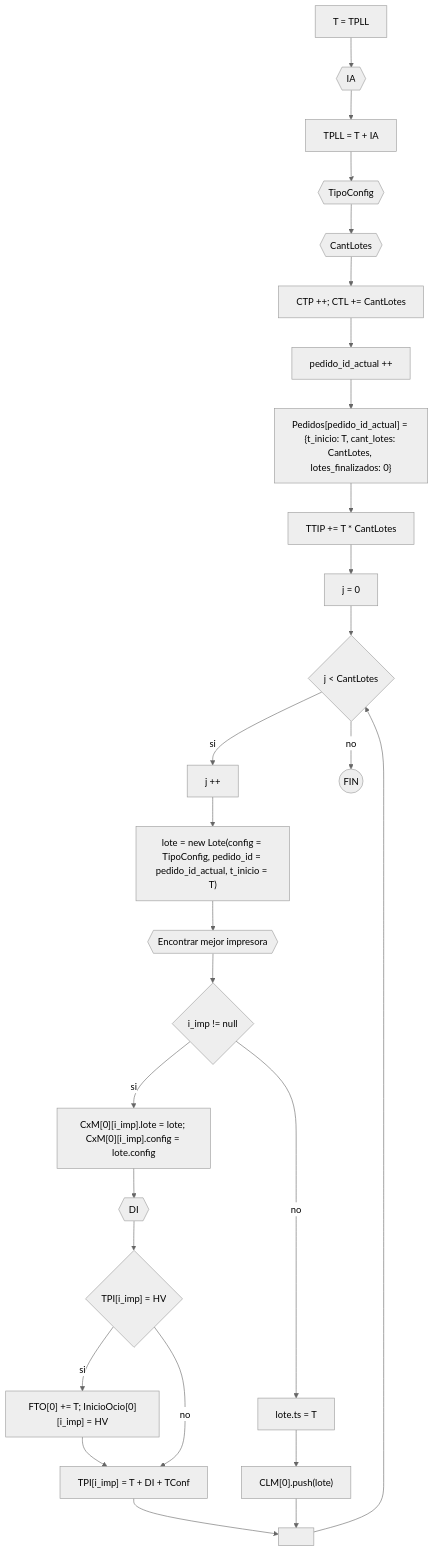
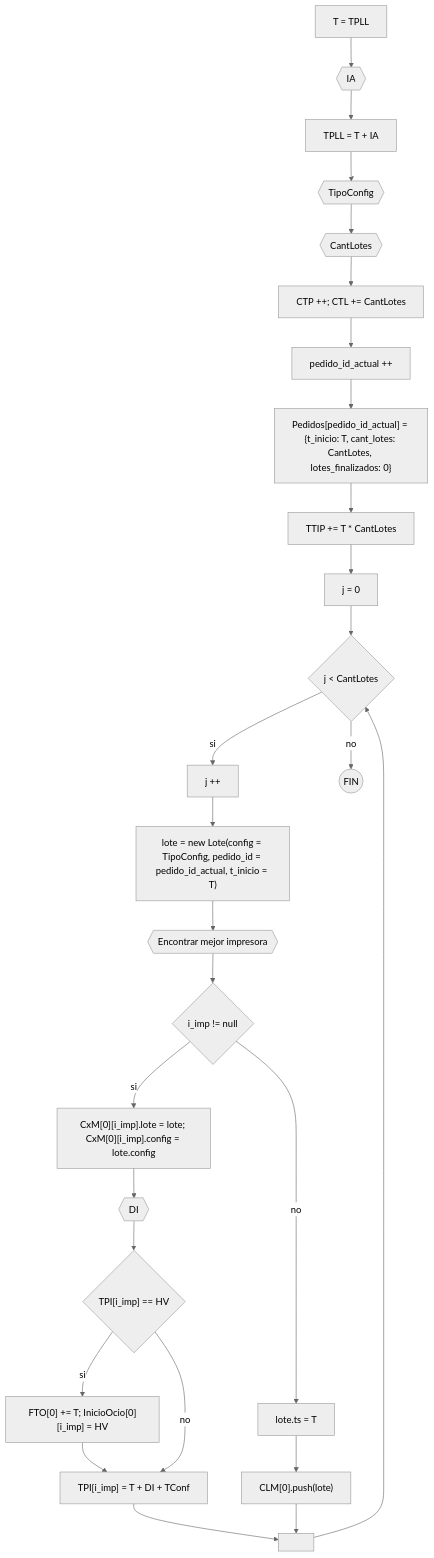
The diagram in docs/Diagramas/LlegadPedido/LlegadaPedido.mermaid (JuanManuelPrividera/TP-Simu), drawn with Mermaid (neutral theme) before and after one commit. The commit also changed 39 other files, not shown here.

```diff
--- a/docs/Diagramas/LlegadPedido/LlegadaPedido.mermaid
+++ b/docs/Diagramas/LlegadPedido/LlegadaPedido.mermaid
@@ -1,13 +1,12 @@
 flowchart TD
     direction TD
     a[T = TPLL] --> b{{IA}} --> c[TPLL = T + IA] --> d0{{TipoConfig}} --> d{{CantLotes}}
     d --> d1["CTP ++; CTL += CantLotes"] --> d2["pedido_id_actual ++"] --> d3["Pedidos[pedido_id_actual] = {t_inicio: T, cant_lotes: CantLotes, lotes_finalizados: 0}"] --> d4["TTIP += T * CantLotes"] --> bb[j = 0]
     bb --> iff{"j < CantLotes"}
     iff --> |si| cc[j ++] --> lote["lote = new Lote(config = TipoConfig, pedido_id = pedido_id_actual, t_inicio = T)"] --> z1{{Encontrar mejor impresora}} --> f{"i_imp != null"}
     iff --> |no| fin((FIN))
-    f --> |si| z2["CxM[0][i_imp].lote = lote; CxM[0][i_imp].config = lote.config"] --> g{{DI}} --> i1{"TPI[i_imp] = HV"} --> |si| i2["FTO[0] += T; InicioOcio[0][i_imp] = HV"] --> i
-    i1 --> |no| i["TPI[i_imp] = T + DI + TConf"]
-    --> j[" "]
+    f --> |si| z2["CxM[0][i_imp].lote = lote; CxM[0][i_imp].config = lote.config"] --> g{{DI}} --> i1{"TPI[i_imp] == HV"} --> |si| i2["FTO[0] += T; InicioOcio[0][i_imp] = HV"] --> i
+    i1 --> |no| i["TPI[i_imp] = T + DI + TConf"] --> j[" "]
     f --> |no| z9["lote.ts = T"] --> h["CLM[0].push(lote)"]
     
     h --> j --> iff
```
